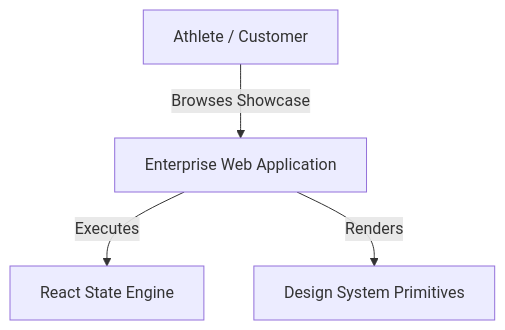
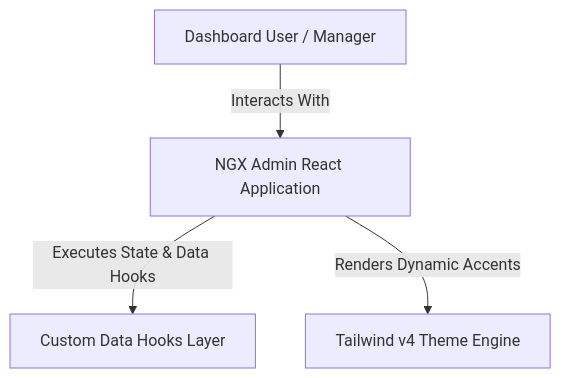
One commit to calin-m/NGX-Admin-React-Tailwind-Conversion changed the first of 2 diagrams in ARCHITECTURE.md. Above: the diagram before and after it, drawn with Mermaid. The commit also changed other lines of this file and 11 other files, not shown here.

First line of the commit message:
feat(theme): implement 100% theme accent parity engine and serialized json quality audit system

````diff
--- a/ARCHITECTURE.md
+++ b/ARCHITECTURE.md
@@ -9,6 +9,6 @@
 ```mermaid
 graph TD
-    User["Athlete / Customer"] --> |Browses Showcase| WebApp["Enterprise Web Application"]
-    WebApp --> |Executes| ClientState["React State Engine"]
-    WebApp --> |Renders| UIPrimitives["Design System Primitives"]
+    User["Dashboard User / Manager"] --> |Interacts With| WebApp["NGX Admin React Application"]
+    WebApp --> |Executes State & Data Hooks| CustomHooks["Custom Data Hooks Layer"]
+    WebApp --> |Renders Dynamic Accents| DesignSystem["Tailwind v4 Theme Engine"]
 ```
````
